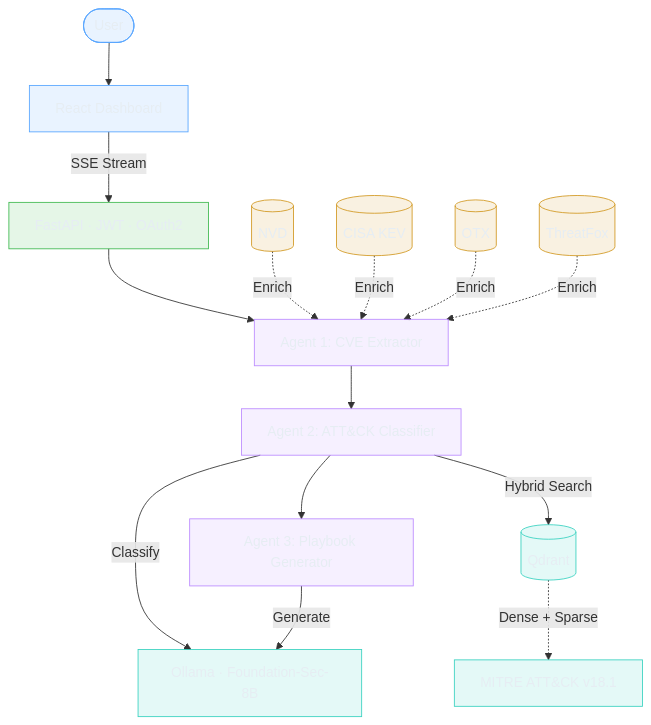
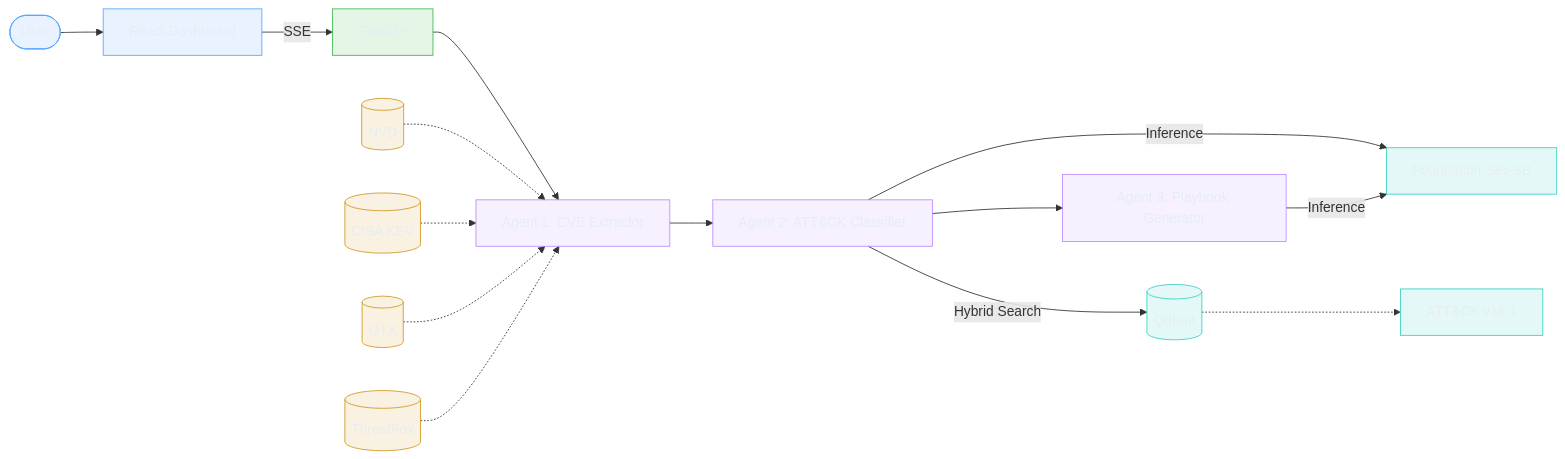
Before and after one commit to ayansk11/Agentic-Cybersec-Threat-Analyst: the diagram in README.md, drawn with Mermaid.

Commit message:
Switch Mermaid diagram to LR layout to eliminate line crossings

````diff
--- a/README.md
+++ b/README.md
@@ -11,30 +11,28 @@
 ```mermaid
-flowchart TD
+flowchart LR
     User(["User"]) --> Frontend["React Dashboard"]
-    Frontend -->|"SSE Stream"| Backend["FastAPI · JWT · OAuth2"]
-    Backend --> A1
-
-    NVD[("NVD")] & KEV[("CISA KEV")] & OTX[("OTX")] & TFox[("ThreatFox")] -.->|"Enrich"| A1
-
-    A1["Agent 1: CVE Extractor"] --> A2["Agent 2: ATT&CK Classifier"]
+    Frontend -->|"SSE"| Backend["FastAPI"]
+    Backend --> A1["Agent 1: CVE Extractor"]
+    A1 --> A2["Agent 2: ATT&CK Classifier"]
     A2 --> A3["Agent 3: Playbook Generator"]
 
+    NVD[("NVD")] & KEV[("CISA KEV")] & OTX[("OTX")] & TFox[("ThreatFox")] -.-> A1
+
     A2 -->|"Hybrid Search"| Qdrant[("Qdrant")]
-    A2 -->|"Classify"| LLM["Ollama · Foundation-Sec-8B"]
-    A3 -->|"Generate"| LLM
-    Qdrant -.->|"Dense + Sparse"| MITRE["MITRE ATT&CK v18.1"]
+    Qdrant -.-> MITRE["ATT&CK v18.1"]
+    A2 & A3 -->|"Inference"| LLM["Foundation-Sec-8B"]
 
     style User fill:#58a6ff22,stroke:#58a6ff,color:#e6edf3
     style Frontend fill:#58a6ff22,stroke:#58a6ff,color:#e6edf3
     style Backend fill:#3fb95022,stroke:#3fb950,color:#e6edf3
     style A1 fill:#bc8cff22,stroke:#bc8cff,color:#e6edf3
     style A2 fill:#bc8cff22,stroke:#bc8cff,color:#e6edf3
     style A3 fill:#bc8cff22,stroke:#bc8cff,color:#e6edf3
     style NVD fill:#d2992222,stroke:#d29922,color:#e6edf3
     style KEV fill:#d2992222,stroke:#d29922,color:#e6edf3
     style OTX fill:#d2992222,stroke:#d29922,color:#e6edf3
     style TFox fill:#d2992222,stroke:#d29922,color:#e6edf3
     style Qdrant fill:#39d2c022,stroke:#39d2c0,color:#e6edf3
     style LLM fill:#39d2c022,stroke:#39d2c0,color:#e6edf3
     style MITRE fill:#39d2c022,stroke:#39d2c0,color:#e6edf3
 ```
````
